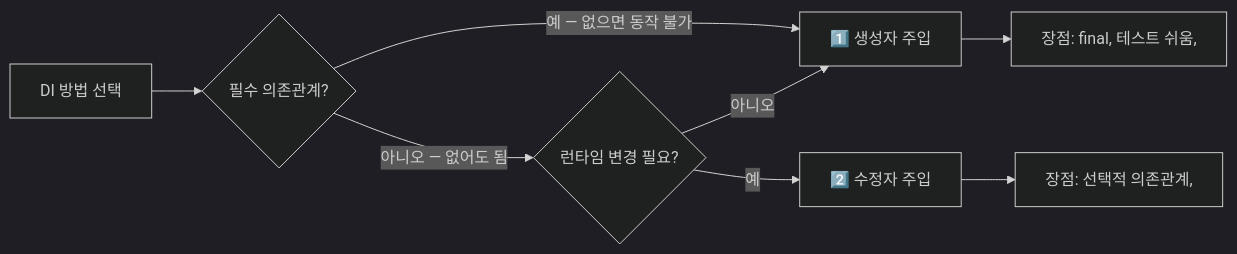
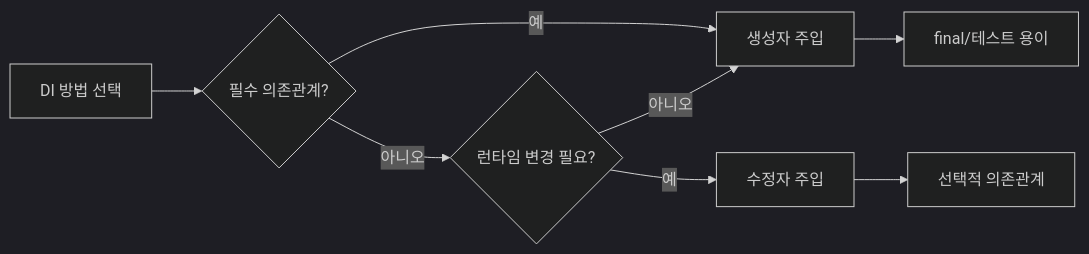
Before and after one commit to yjkim2015/yjkim2015.github.io: the fifth of 13 diagrams in _posts/spring/2026-05-02-spring-core-basic.md, drawn with Mermaid (dark theme). The commit also changed other lines of this file and 84 other files, not shown here.

First line of the commit message:
85개 포스트 Mermaid 다이어그램 규칙 일괄 수정

````diff
--- a/_posts/spring/2026-05-02-spring-core-basic.md
+++ b/_posts/spring/2026-05-02-spring-core-basic.md
@@ -304,10 +304,10 @@
 ```mermaid
-flowchart LR
+graph LR
     A["DI 방법 선택"] --> B{"필수 의존관계?"}
-    B -->|"예 — 없으면 동작 불가"| C["1️⃣ 생성자 주입"]
-    B -->|"아니오 — 없어도 됨"| D{"런타임 변경 필요?"}
-    D -->|"예"| E["2️⃣ 수정자 주입"]
+    B -->|"예"| C["생성자 주입"]
+    B -->|"아니오"| D{"런타임 변경 필요?"}
+    D -->|"예"| E["수정자 주입"]
     D -->|"아니오"| C
-    C --> G["장점: final, 테스트 쉬움,"]
-    E --> H["장점: 선택적 의존관계,"]
+    C --> G["final/테스트 용이"]
+    E --> H["선택적 의존관계"]
 ```
````
